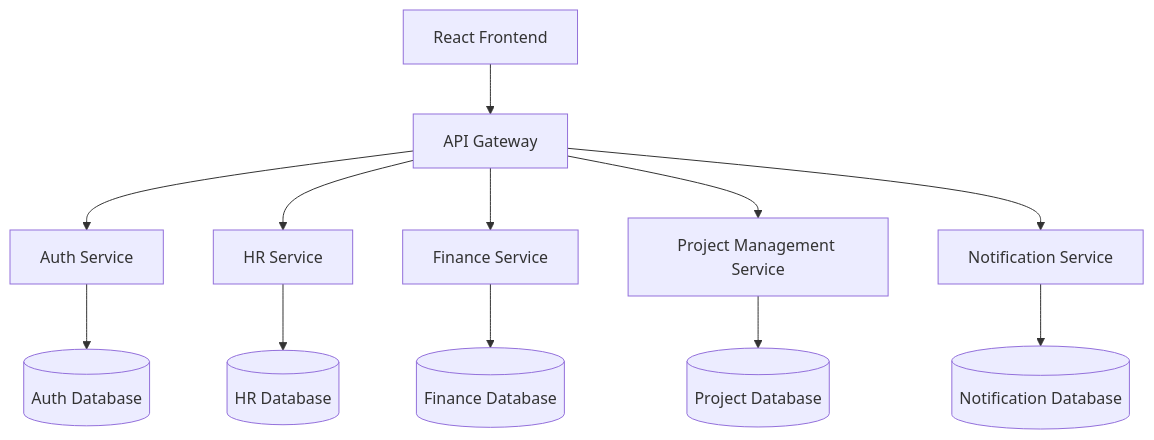
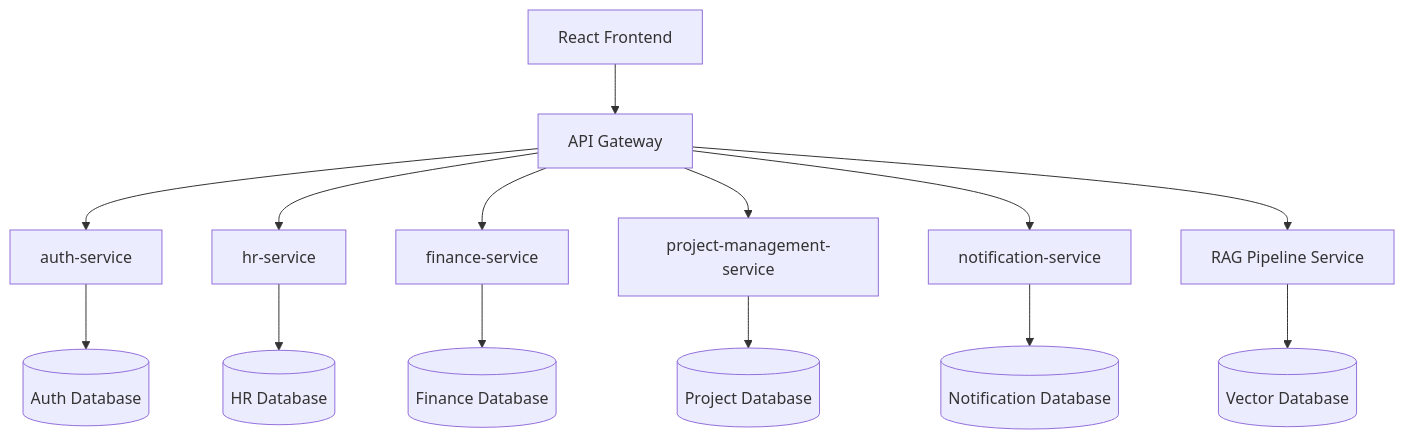
One commit to Mahesh-65/OrganiStation changed the first of 9 diagrams in .github/instructions/architecture.instructions.md. Above: the diagram before and after it, drawn with Mermaid. The commit also changed other lines of this file and 7 other files, not shown here.

````diff
--- a/.github/instructions/architecture.instructions.md
+++ b/.github/instructions/architecture.instructions.md
@@ -47,15 +43,17 @@
 ```mermaid
 graph TB
     Frontend[React Frontend] --> Gateway[API Gateway]
-    Gateway --> Auth[Auth Service]
-    Gateway --> HR[HR Service]
-    Gateway --> Finance[Finance Service]
-    Gateway --> PM[Project Management Service]
-    Gateway --> Notification[Notification Service]
+    Gateway --> Auth[auth-service]
+    Gateway --> HR[hr-service]
+    Gateway --> Finance[finance-service]
+    Gateway --> PM[project-management-service]
+    Gateway --> Notification[notification-service]
+    Gateway --> RAG[RAG Pipeline Service]
     
     Auth --> AuthDB[(Auth Database)]
     HR --> HRDB[(HR Database)]
     Finance --> FinanceDB[(Finance Database)]
     PM --> PMDB[(Project Database)]
     Notification --> NotificationDB[(Notification Database)]
+    RAG --> VectorDB[(Vector Database)]
 ```
````
